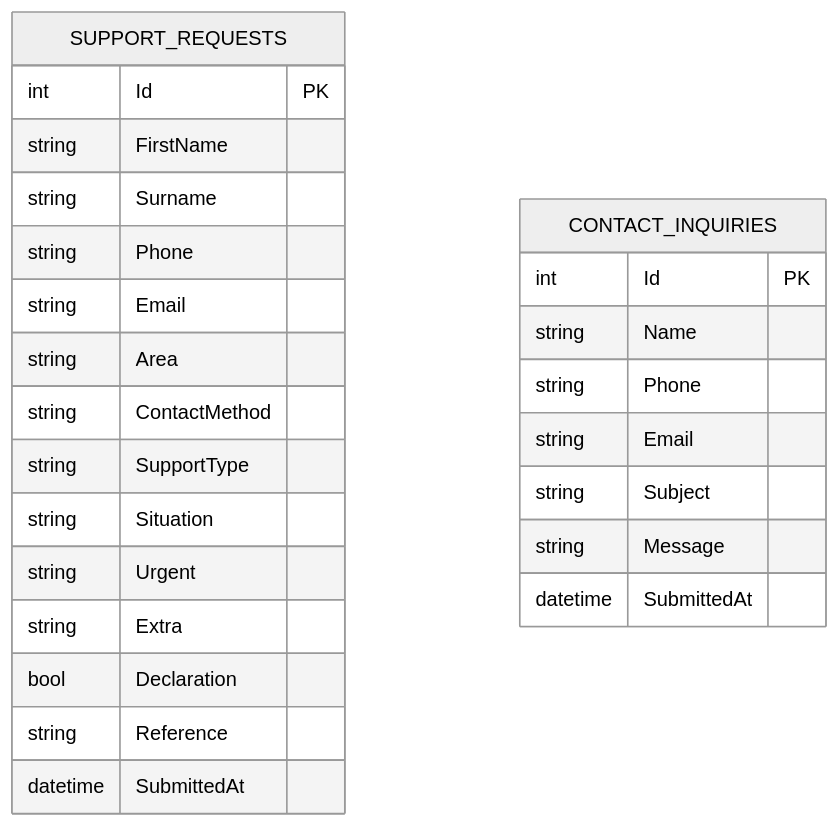
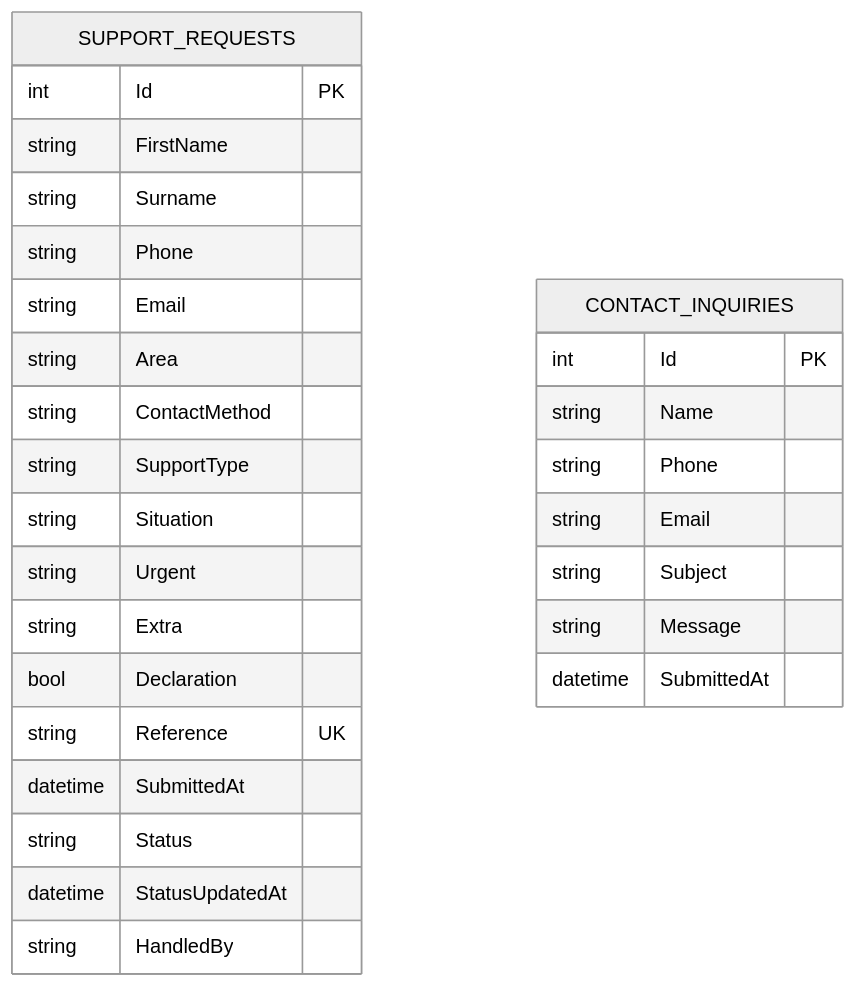
One commit to Kwethukubonga/PAB_WebApp changed the diagram in README.md. Above: the diagram before and after it, drawn with Mermaid (neutral theme). The commit also changed other lines of this file, not shown here.

````diff
--- a/README.md
+++ b/README.md
@@ -188,29 +210,32 @@
 ```mermaid
 erDiagram
     SUPPORT_REQUESTS {
         int Id PK
         string FirstName
         string Surname
         string Phone
         string Email
         string Area
         string ContactMethod
         string SupportType
         string Situation
         string Urgent
         string Extra
         bool Declaration
-        string Reference
+        string Reference UK
         datetime SubmittedAt
+        string Status
+        datetime StatusUpdatedAt
+        string HandledBy
     }
 
     CONTACT_INQUIRIES {
         int Id PK
         string Name
         string Phone
         string Email
         string Subject
         string Message
         datetime SubmittedAt
     }
 ```
````
